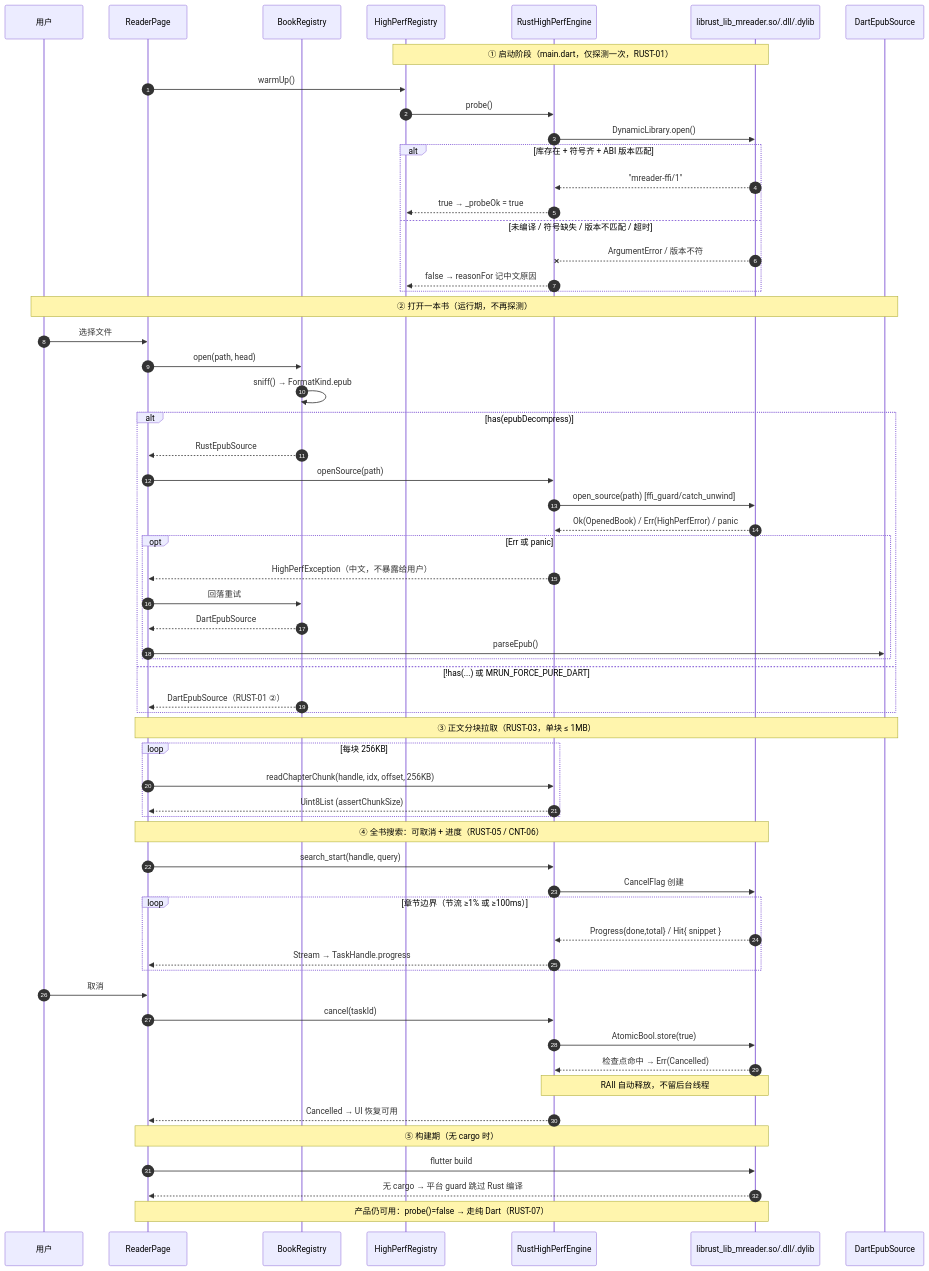
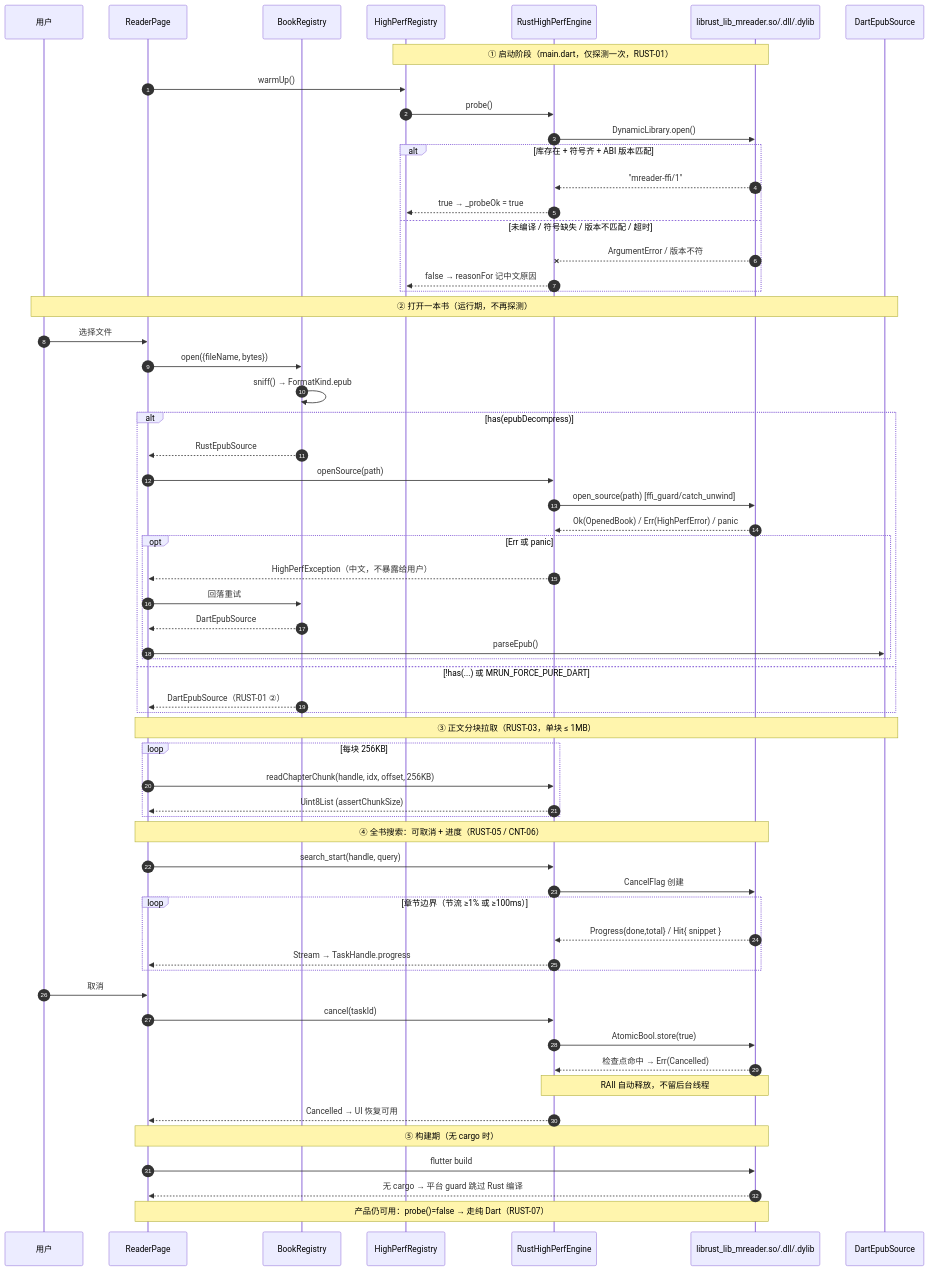
The diagram in docs/sequence-diagram.mermaid (yearhe9900/MReader), drawn with Mermaid before and after one commit. The commit also changed 2 other files, not shown here.

```diff
--- a/docs/sequence-diagram.mermaid
+++ b/docs/sequence-diagram.mermaid
@@ -1,67 +1,67 @@
 sequenceDiagram
     autonumber
     %% 阅读M · Rust 加速层 —— 关键调用时序（含回落路径）
     %% 对应 docs/architecture-rust-integration.md §A / §C / §D / §G
     participant U as 用户
     participant UI as ReaderPage
     participant REG as BookRegistry
     participant HP as HighPerfRegistry
     participant RUST as RustHighPerfEngine
     participant LIB as librust_lib_mreader.so/.dll/.dylib
     participant DART as DartEpubSource
 
     Note over HP,LIB: ① 启动阶段（main.dart，仅探测一次，RUST-01）
     UI->>HP: warmUp()
     HP->>RUST: probe()
     RUST->>LIB: DynamicLibrary.open()
     alt 库存在 + 符号齐 + ABI 版本匹配
         LIB-->>RUST: "mreader-ffi/1"
         RUST-->>HP: true → _probeOk = true
     else 未编译 / 符号缺失 / 版本不匹配 / 超时
         LIB--xRUST: ArgumentError / 版本不符
         RUST-->>HP: false → reasonFor 记中文原因
     end
 
     Note over U,DART: ② 打开一本书（运行期，不再探测）
     U->>UI: 选择文件
-    UI->>REG: open(path, head)
+    UI->>REG: open({fileName, bytes})
     REG->>REG: sniff() → FormatKind.epub
     alt has(epubDecompress)
         REG-->>UI: RustEpubSource
         UI->>RUST: openSource(path)
         RUST->>LIB: open_source(path) [ffi_guard/catch_unwind]
         LIB-->>RUST: Ok(OpenedBook) / Err(HighPerfError) / panic
         opt Err 或 panic
             RUST-->>UI: HighPerfException（中文，不暴露给用户）
             UI->>REG: 回落重试
             REG-->>UI: DartEpubSource
             UI->>DART: parseEpub()
         end
     else !has(...) 或 MRUN_FORCE_PURE_DART
         REG-->>UI: DartEpubSource（RUST-01 ②）
     end
 
     Note over UI,DART: ③ 正文分块拉取（RUST-03，单块 ≤ 1MB）
     loop 每块 256KB
         UI->>RUST: readChapterChunk(handle, idx, offset, 256KB)
         RUST-->>UI: Uint8List (assertChunkSize)
     end
 
     Note over UI,LIB: ④ 全书搜索：可取消 + 进度（RUST-05 / CNT-06）
     UI->>RUST: search_start(handle, query)
     RUST->>LIB: CancelFlag 创建
     loop 章节边界（节流 ≥1% 或 ≥100ms）
         LIB-->>RUST: Progress{done,total} / Hit{ snippet }
         RUST-->>UI: Stream → TaskHandle.progress
     end
     U->>UI: 取消
     UI->>RUST: cancel(taskId)
     RUST->>LIB: AtomicBool.store(true)
     LIB-->>RUST: 检查点命中 → Err(Cancelled)
     Note over RUST,LIB: RAII 自动释放，不留后台线程
     RUST-->>UI: Cancelled → UI 恢复可用
 
     Note over UI,LIB: ⑤ 构建期（无 cargo 时）
     UI->>LIB: flutter build
     LIB-->>UI: 无 cargo → 平台 guard 跳过 Rust 编译
     Note over UI,LIB: 产品仍可用：probe()=false → 走纯 Dart（RUST-07）
```
